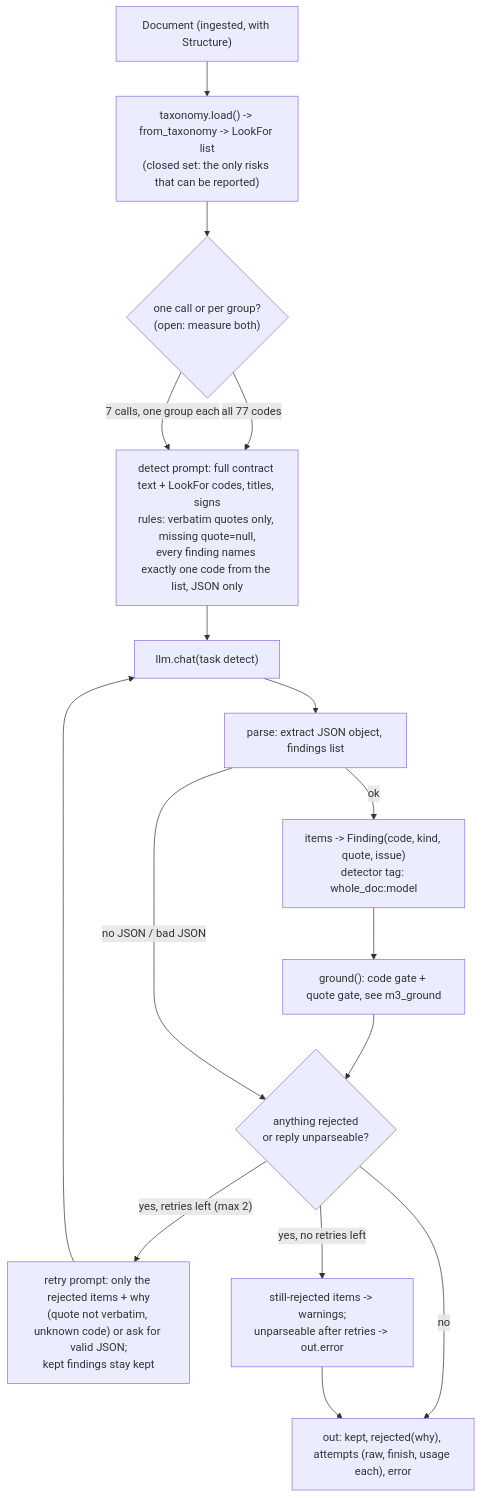
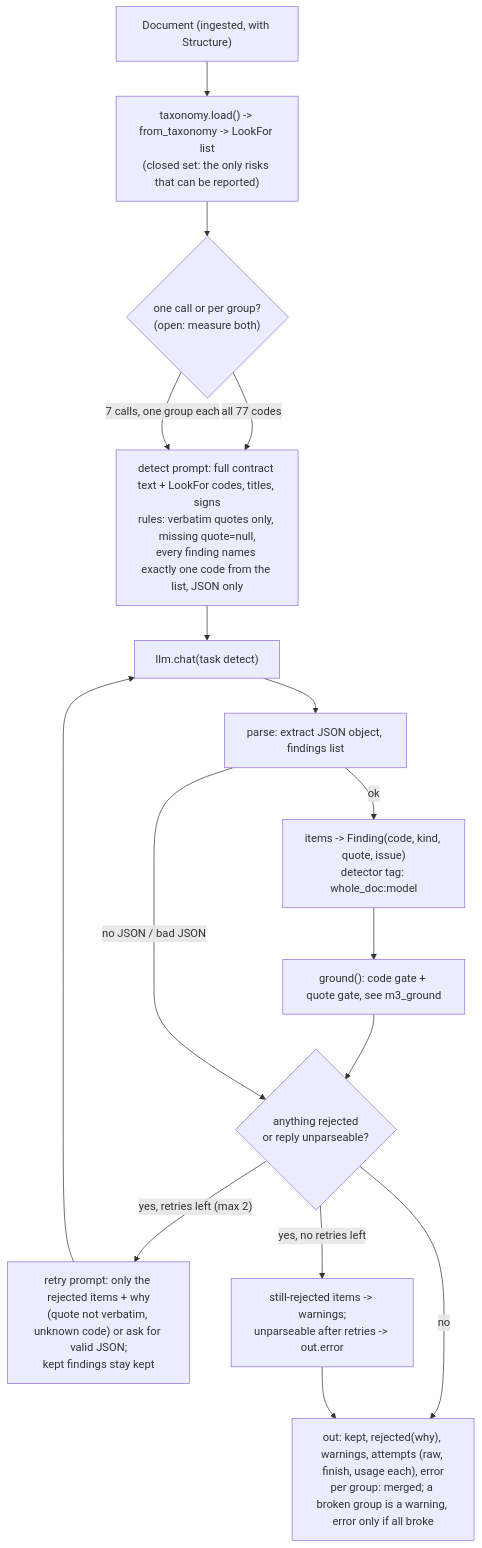
One commit to hoanglax/ContractRiskAnalyzer changed the diagram in docs/diagrams/m3_top.mmd. Above: the diagram before and after it, drawn with Mermaid. The commit also changed 7 other files, not shown here.

Commit message:
docs: M3 diagrams match the code (closed-set gate, retries, code-aware scoring)

```diff
--- a/docs/diagrams/m3_top.mmd
+++ b/docs/diagrams/m3_top.mmd
@@ -1,17 +1,17 @@
 graph TB
     DOC["Document (ingested, with Structure)"] --> TAX["taxonomy.load() -> from_taxonomy -> LookFor list<br/>(closed set: the only risks that can be reported)"]
     TAX --> SPLIT{"one call or per group?<br/>(open: measure both)"}
     SPLIT -->|"all 77 codes"| P
     SPLIT -->|"7 calls, one group each"| P
     P["detect prompt: full contract text + LookFor codes, titles, signs<br/>rules: verbatim quotes only, missing quote=null,<br/>every finding names exactly one code from the list, JSON only"]
     P --> LLM["llm.chat(task detect)"]
     LLM --> PARSE["parse: extract JSON object, findings list"]
     PARSE -->|ok| F["items -> Finding(code, kind, quote, issue)<br/>detector tag: whole_doc:model"]
     F --> G["ground(): code gate + quote gate, see m3_ground"]
     G --> REJ{"anything rejected<br/>or reply unparseable?"}
     PARSE -->|"no JSON / bad JSON"| REJ
     REJ -->|"no"| OUT
     REJ -->|"yes, retries left (max 2)"| RETRY["retry prompt: only the rejected items + why<br/>(quote not verbatim, unknown code) or ask for valid JSON;<br/>kept findings stay kept"]
     RETRY --> LLM
     REJ -->|"yes, no retries left"| WARN["still-rejected items -> warnings;<br/>unparseable after retries -> out.error"]
-    WARN --> OUT["out: kept, rejected(why), attempts (raw, finish, usage each), error"]
+    WARN --> OUT["out: kept, rejected(why), warnings, attempts (raw, finish, usage each), error<br/>per group: merged; a broken group is a warning, error only if all broke"]
```
